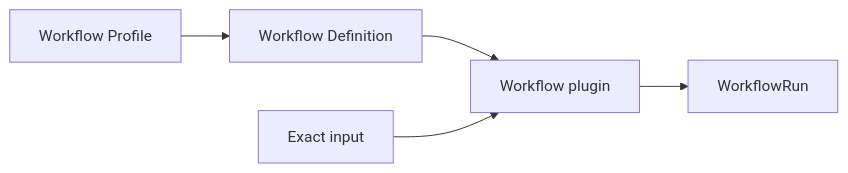
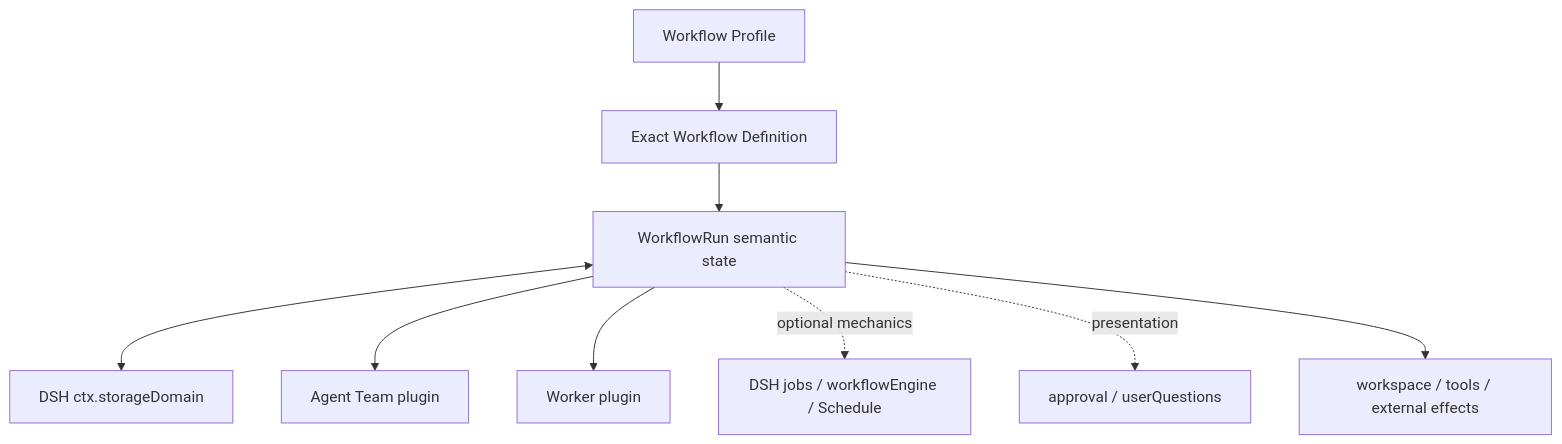
The first of 5 diagrams in docs/architecture/plugins/workflow/README.md (tsuuanmi/AgentOS), drawn with Mermaid before and after one commit. The commit also changed other lines of this file, not shown here.

Commit message:
docs: expand canonical plugin architecture for implementation

```diff
--- a/docs/architecture/plugins/workflow/README.md
+++ b/docs/architecture/plugins/workflow/README.md
@@ -46,13 +14,22 @@
 ~~~mermaid
-flowchart LR
+flowchart TB
     Profile[Workflow Profile]
-    Definition[Workflow Definition]
-    Workflow[Workflow plugin]
-    Run[WorkflowRun]
-    Input[Exact input]
+    Definition[Exact Workflow Definition]
+    Run[WorkflowRun semantic state]
+    Store[DSH ctx.storageDomain]
 
-    Profile --> Definition
-    Definition --> Workflow
-    Input --> Workflow
-    Workflow --> Run
+    Team[Agent Team plugin]
+    Worker[Worker plugin]
+    Runtime[DSH jobs / workflowEngine / Schedule]
+    Human[approval / userQuestions]
+    Effects[workspace / tools / external effects]
+
+    Profile --> Definition --> Run
+    Run <--> Store
+
+    Run --> Team
+    Run --> Worker
+    Run -. optional mechanics .-> Runtime
+    Run -. presentation .-> Human
+    Run --> Effects
 ~~~
```
